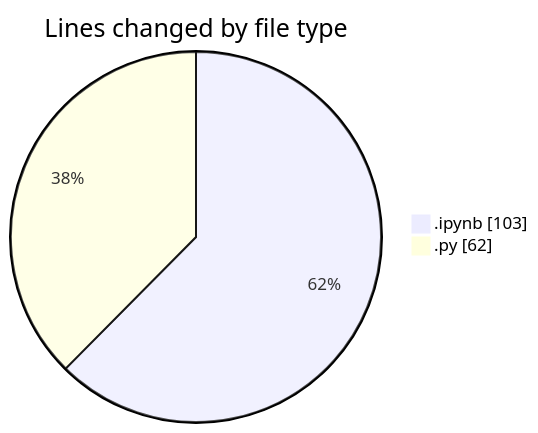
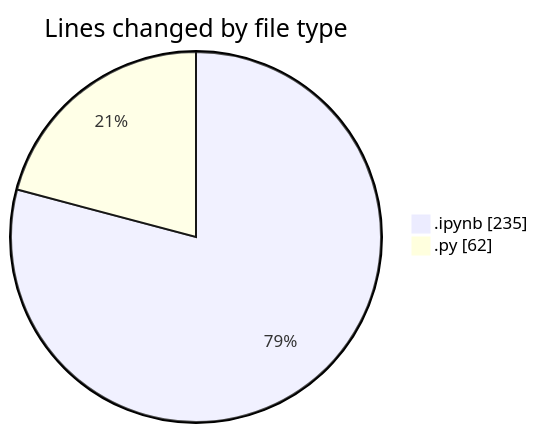
Before and after one commit to hasnaa123/code-tracking: the first of 2 diagrams in 2026-02-08/fondamentals/README.md, drawn with Mermaid. The commit also changed other lines of this file and 1 other file, not shown here.

````diff
--- a/2026-02-08/fondamentals/README.md
+++ b/2026-02-08/fondamentals/README.md
@@ -22,6 +22,6 @@
 ```mermaid
 pie showData
 title Lines changed by file type
-".ipynb" : 103
+".ipynb" : 235
 ".py" : 62
 ```
````
